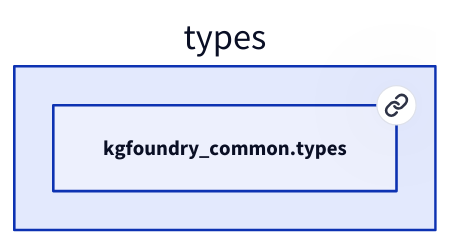
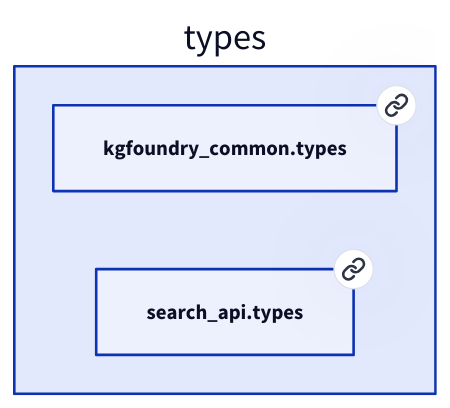
The diagram in tools/mkdocs_suite/site-mkdocs-suite/diagrams/types.d2 (paul-heyse/kgforge), drawn with D2 before and after one commit. The commit also changed 72 other files, not shown here.

```diff
--- a/tools/mkdocs_suite/site-mkdocs-suite/diagrams/types.d2
+++ b/tools/mkdocs_suite/site-mkdocs-suite/diagrams/types.d2
@@ -1,4 +1,5 @@
 direction: right
 types: "types" {
   "kgfoundry_common.types": "kgfoundry_common.types" { link: "../modules/kgfoundry_common.types.md" }
+  "search_api.types": "search_api.types" { link: "../modules/search_api.types.md" }
 }
```
